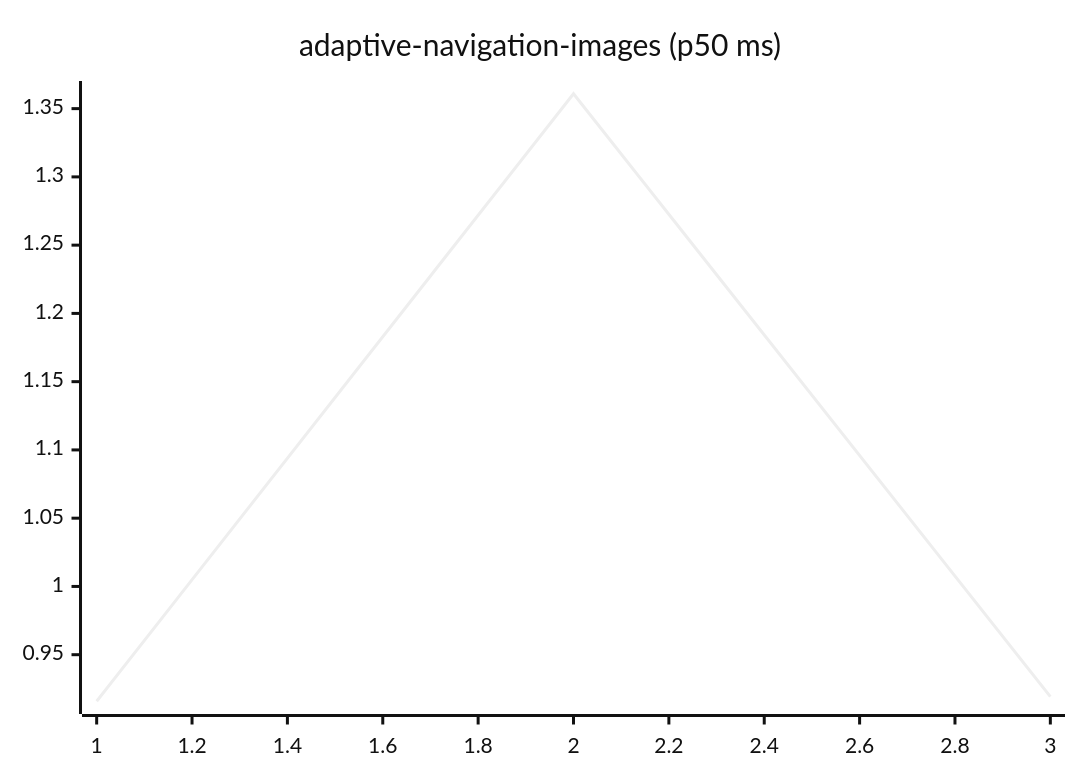
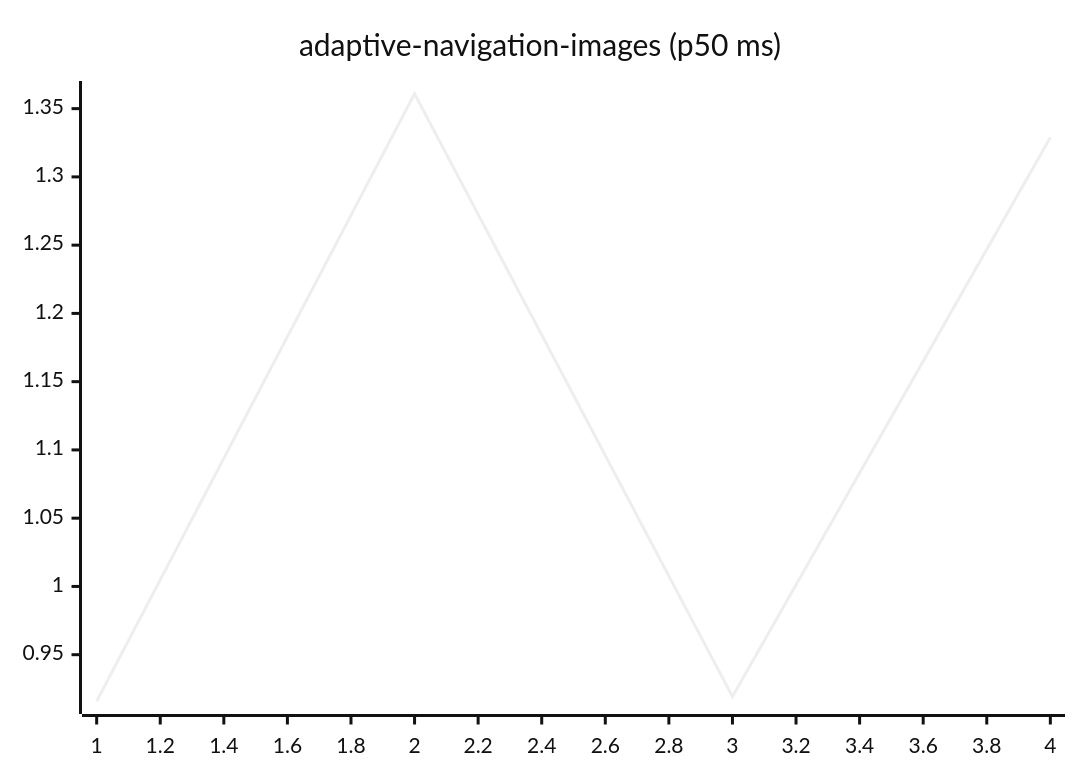
Before and after one commit to josha/Facet: the first of 27 diagrams in README.md, drawn with Mermaid (neutral theme). The commit also changed other lines of this file and 2 other files, not shown here.

````diff
--- a/README.md
+++ b/README.md
@@ -63,6 +63,6 @@
 ```mermaid
 xychart-beta
     title "adaptive-navigation-images (p50 ms)"
-    x-axis 1 --> 3
-    line [0.9159, 1.3609, 0.9193]
+    x-axis 1 --> 4
+    line [0.9159, 1.3609, 0.9193, 1.3288]
 ```
````
